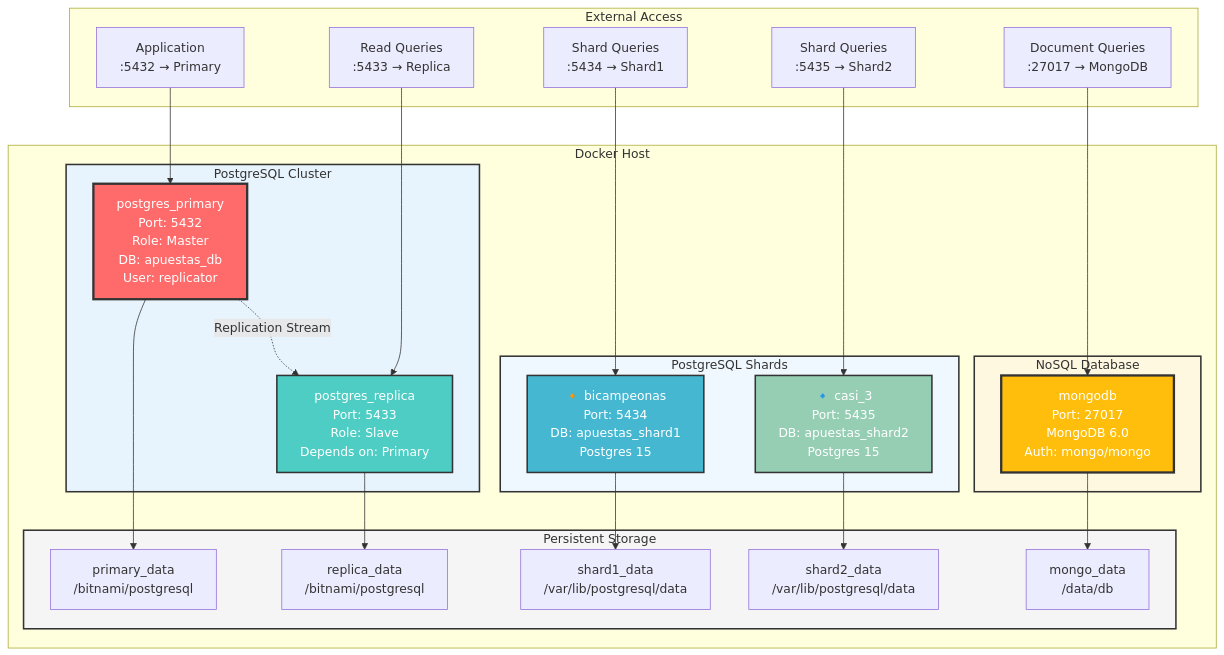
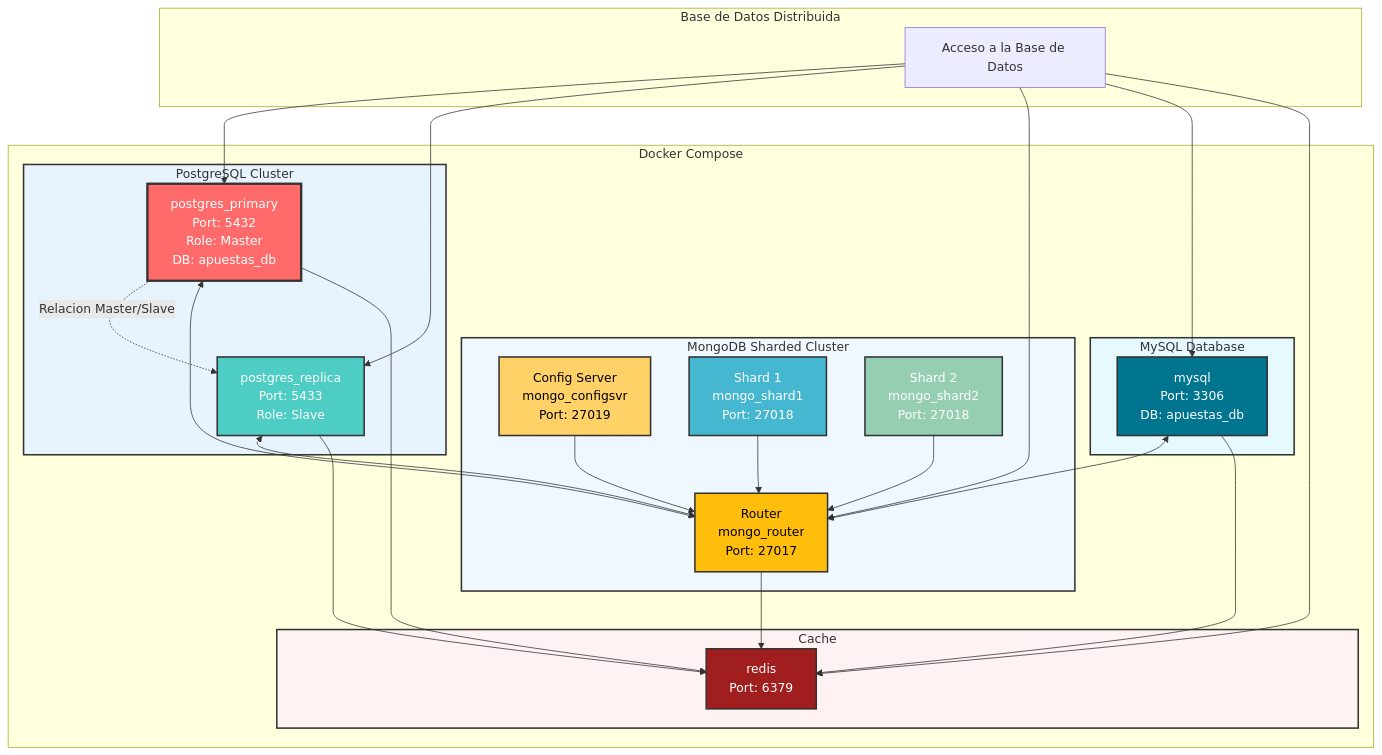
The diagram in docs/architecture/diagrama_docker.md (Andrezuu/proyect-bdd-avanzada), drawn with Mermaid before and after one commit. The commit also changed 5 other files, not shown here.

````diff
--- a/docs/architecture/diagrama_docker.md
+++ b/docs/architecture/diagrama_docker.md
@@ -1,59 +1,59 @@
 ```mermaid
 flowchart TD
-    subgraph DockerHost["Docker Host"]
-
+    subgraph DockerHost["Docker Compose"]
         subgraph PostgreSQL["PostgreSQL Cluster"]
-            Primary["postgres_primary<br/>Port: 5432<br/>Role: Master<br/>DB: apuestas_db<br/>User: replicator"]
-            Replica["postgres_replica<br/>Port: 5433<br/>Role: Slave<br/>Depends on: Primary"]
-
-            Primary -.->|"Replication Stream"| Replica
+            Primary["postgres_primary<br/>Port: 5432<br/>Role: Master<br/>DB: apuestas_db"]
+            Replica["postgres_replica<br/>Port: 5433<br/>Role: Slave"]
+            Primary -.->|"Relacion Master/Slave"| Replica
         end
-
-        subgraph Sharding["PostgreSQL Shards"]
-            Shard1["🔸 bicampeonas<br/>Port: 5434<br/>DB: apuestas_shard1<br/>Postgres 15"]
-            Shard2["🔹 casi_3<br/>Port: 5435<br/>DB: apuestas_shard2<br/>Postgres 15"]
+        subgraph MMySQL["MySQL Database"]
+            MySQL["mysql<br/>Port: 3306<br/>DB: apuestas_db"]
         end
-
-        subgraph NoSQL["NoSQL Database"]
-            MongoDB["mongodb<br/>Port: 27017<br/>MongoDB 6.0<br/>Auth: mongo/mongo"]
+        subgraph MongoDB["MongoDB Sharded Cluster"]
+            ConfigSvr["Config Server<br/>mongo_configsvr<br/>Port: 27019"]
+            Shard1["Shard 1<br/>mongo_shard1<br/>Port: 27018"]
+            Shard2["Shard 2<br/>mongo_shard2<br/>Port: 27018"]
+            Mongos["Router<br/>mongo_router<br/>Port: 27017"]
+            ConfigSvr --> Mongos
+            Shard1 --> Mongos
+            Shard2 --> Mongos
         end
-
-        subgraph Storage["Persistent Storage"]
-            PrimaryVol["primary_data<br/>/bitnami/postgresql"]
-            ReplicaVol["replica_data<br/>/bitnami/postgresql"]
-            Shard1Vol["shard1_data<br/>/var/lib/postgresql/data"]
-            Shard2Vol["shard2_data<br/>/var/lib/postgresql/data"]
-            MongoVol["mongo_data<br/>/data/db"]
+        subgraph Cache["Cache"]
+            Redis["redis<br/>Port: 6379"]
         end
     end
-
-    subgraph ExternalAccess["External Access"]
-        App1["Application<br/>:5432 → Primary"]
-        App2["Read Queries<br/>:5433 → Replica"]
-        App3["Shard Queries<br/>:5434 → Shard1"]
-        App4["Shard Queries<br/>:5435 → Shard2"]
-        App5["Document Queries<br/>:27017 → MongoDB"]
+    subgraph ExternalAccess["Base de Datos Distribuida"]
+        App1["Acceso a la Base de Datos"]
     end
-
-    Primary --> PrimaryVol
-    Replica --> ReplicaVol
-    Shard1 --> Shard1Vol
-    Shard2 --> Shard2Vol
-    MongoDB --> MongoVol
-
+    
+    %% Database Interconnections
+    Primary <--> Mongos
+    MySQL <--> Mongos
+    Replica <--> Mongos
+    
+    %% Redis caching from all databases
+    Primary --> Redis
+    Replica --> Redis
+    MySQL --> Redis
+    Mongos --> Redis
+    
+    %% External access
     App1 --> Primary
-    App2 --> Replica
-    App3 --> Shard1
-    App4 --> Shard2
-    App5 --> MongoDB
-
+    App1 --> Replica
+    App1 --> Mongos
+    App1 --> MySQL
+    App1 --> Redis
+    %% Styling
     style Primary fill:#ff6b6b,stroke:#333,stroke-width:3px,color:#fff
     style Replica fill:#4ecdc4,stroke:#333,stroke-width:2px,color:#fff
+    style MySQL fill:#00758f,stroke:#333,stroke-width:2px,color:#fff
+    style Redis fill:#a11e1e,stroke:#333,stroke-width:2px,color:#fff
+    style Mongos fill:#ffbe0b,stroke:#333,stroke-width:2px,color:#000
     style Shard1 fill:#45b7d1,stroke:#333,stroke-width:2px,color:#fff
     style Shard2 fill:#96ceb4,stroke:#333,stroke-width:2px,color:#fff
-    style MongoDB fill:#ffbe0b,stroke:#333,stroke-width:3px,color:#fff
+    style ConfigSvr fill:#ffd166,stroke:#333,stroke-width:2px,color:#000
     style PostgreSQL fill:#e8f4fd,stroke:#333,stroke-width:2px
-    style Sharding fill:#f0f8ff,stroke:#333,stroke-width:2px
-    style NoSQL fill:#fff8e1,stroke:#333,stroke-width:2px
-    style Storage fill:#f5f5f5,stroke:#333,stroke-width:2px
+    style MongoDB fill:#f0f8ff,stroke:#333,stroke-width:2px
+    style Cache fill:#fef2f2,stroke:#333,stroke-width:2px
+    style MMySQL fill:#e6f9ff,stroke:#333,stroke-width:2px
 ```
````
